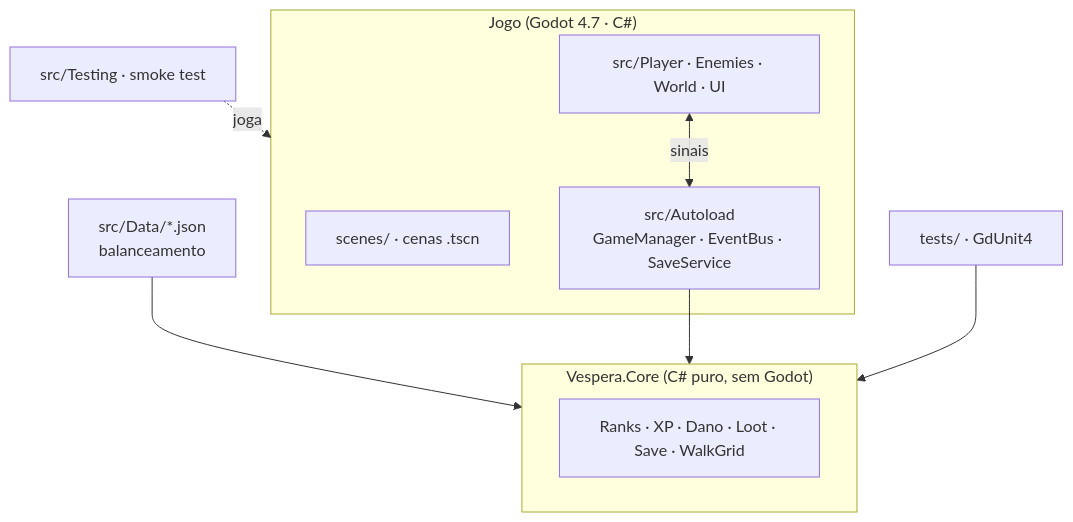
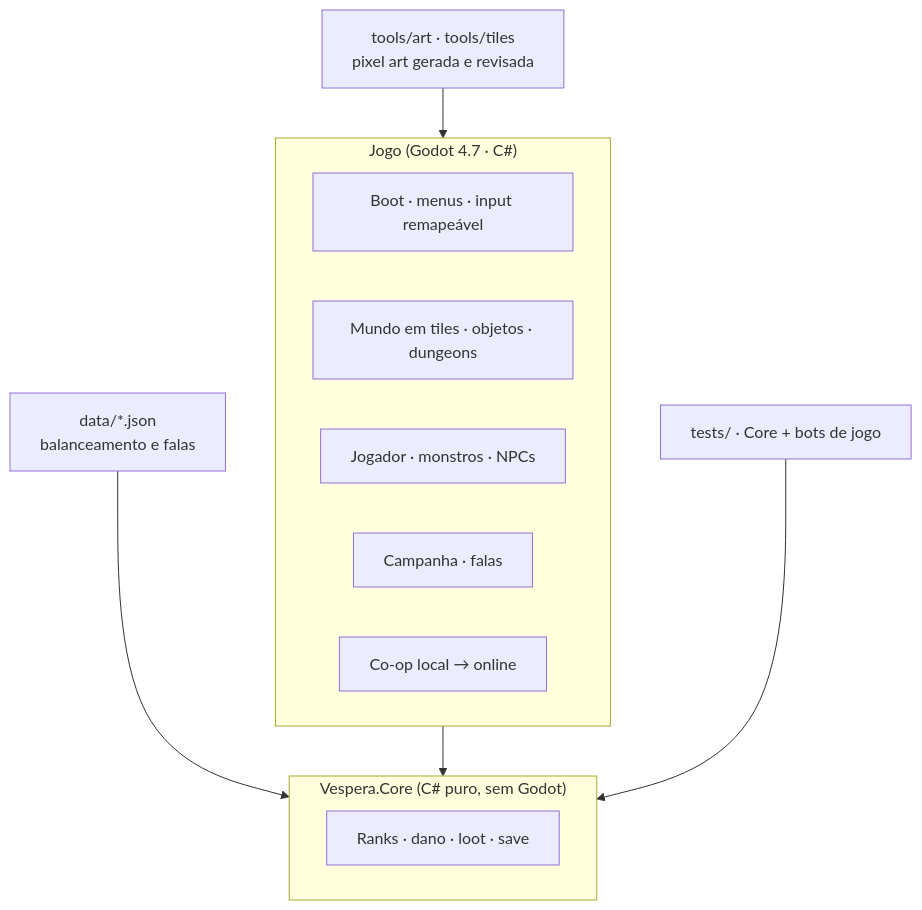
The second of 2 diagrams in README.md (NasckDev/vespera), drawn with Mermaid before and after one commit. The commit also changed other lines of this file and 1 other file, not shown here.

````diff
--- a/README.md
+++ b/README.md
@@ -178,16 +182,17 @@
 ```mermaid
 flowchart TB
-    subgraph Godot["Jogo (Godot 4.7 · C#)"]
-        Scenes["scenes/ · cenas .tscn"]
-        Nodes["src/Player · Enemies · World · UI"]
-        Auto["src/Autoload<br/>GameManager · EventBus · SaveService"]
+    subgraph Game["Jogo (Godot 4.7 · C#)"]
+        Boot["Boot · menus · input remapeável"]
+        World["Mundo em tiles · objetos · dungeons"]
+        Actors["Jogador · monstros · NPCs"]
+        Story["Campanha · falas"]
+        Net["Co-op local → online"]
     end
     subgraph Core["Vespera.Core (C# puro, sem Godot)"]
-        Rules["Ranks · XP · Dano · Loot · Save · WalkGrid"]
+        Rules["Ranks · dano · loot · save"]
     end
-    Data["src/Data/*.json<br/>balanceamento"] --> Core
-    Nodes <-->|"sinais"| Auto
-    Auto --> Core
-    Tests["tests/ · GdUnit4"] --> Core
-    Smoke["src/Testing · smoke test"] -.joga.-> Godot
+    Data["data/*.json<br/>balanceamento e falas"] --> Core
+    Art["tools/art · tools/tiles<br/>pixel art gerada e revisada"] --> Game
+    Game --> Core
+    Tests["tests/ · Core + bots de jogo"] --> Core
 ```
````
